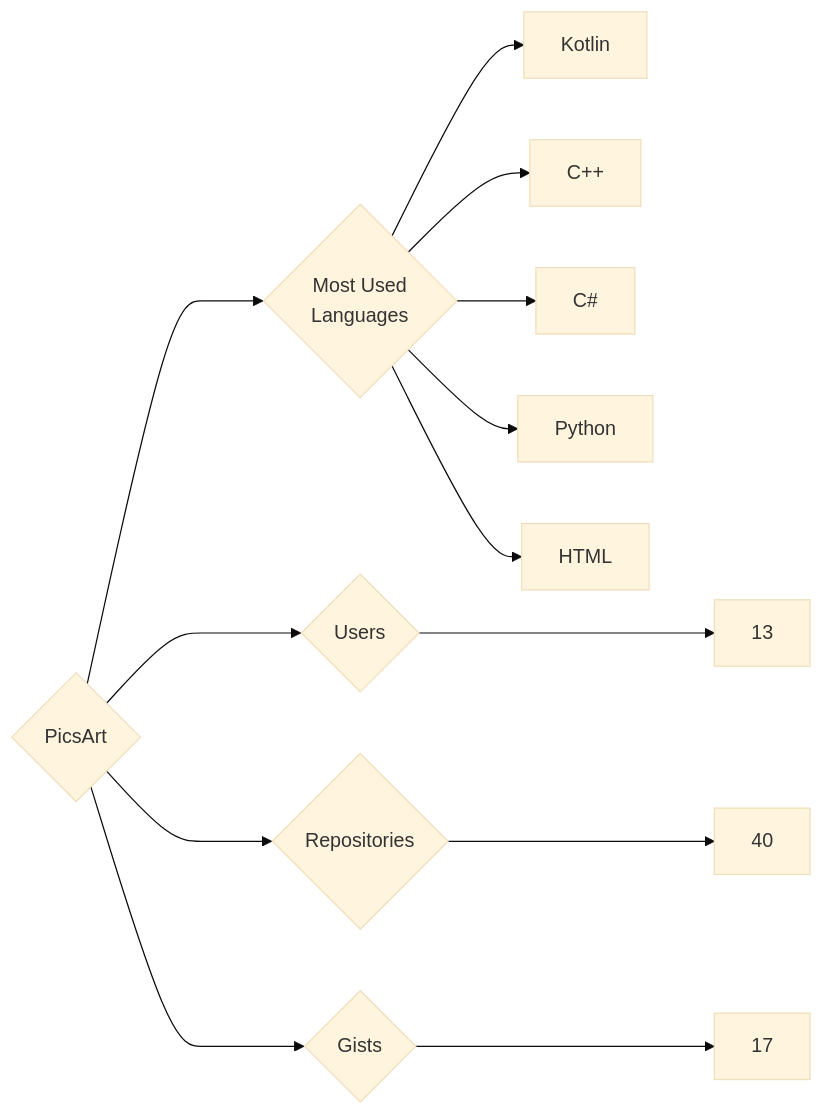
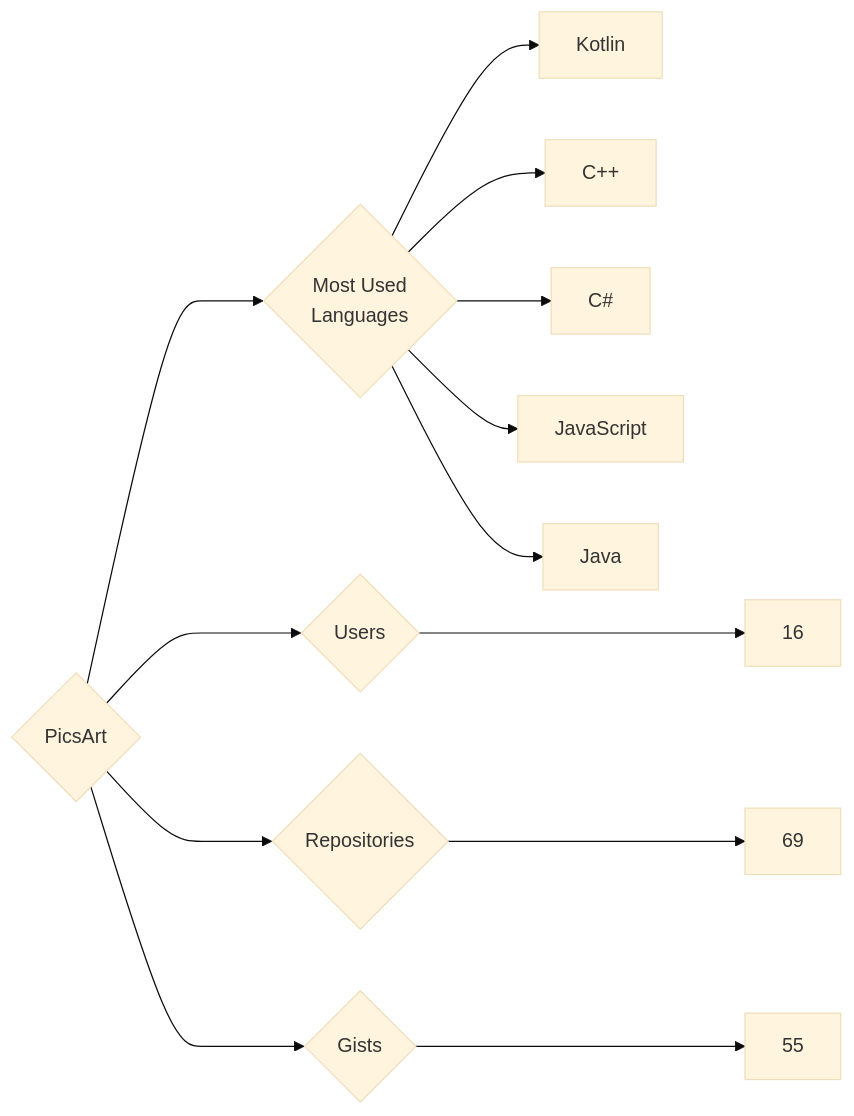
One commit to trickest/insiders changed the diagram in targets/PicsArt/README.md. Above: the diagram before and after it, drawn with Mermaid (base theme). The commit also changed 1484 other files, not shown here.

````diff
--- a/targets/PicsArt/README.md
+++ b/targets/PicsArt/README.md
@@ -3,13 +3,13 @@
 ```mermaid
 graph LR
 COMPANY_NAME{PicsArt}
-COMPANY_NAME ---> U{Users} ---> UN[13]
-COMPANY_NAME ---> R{Repositories} ---> RN[40]
-COMPANY_NAME ---> G{Gists} ---> GN[17]
+COMPANY_NAME ---> U{Users} ---> UN[16]
+COMPANY_NAME ---> R{Repositories} ---> RN[69]
+COMPANY_NAME ---> G{Gists} ---> GN[55]
 COMPANY_NAME ---> ML{Most Used<br>Languages}
 ML --> Kotlin[Kotlin]
 ML --> C++[C++]
 ML --> C#[C#]
-ML --> Python[Python]
-ML --> HTML[HTML]
+ML --> JavaScript[JavaScript]
+ML --> Java[Java]
 ```
````
